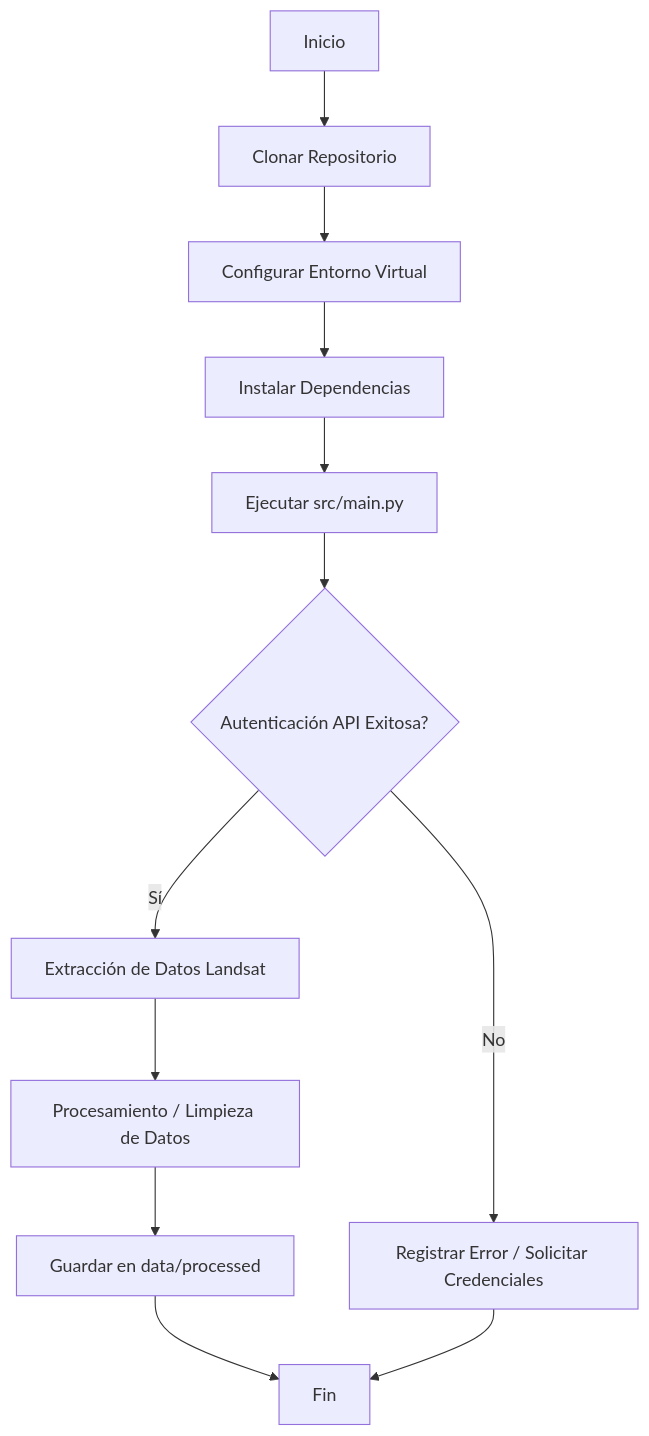
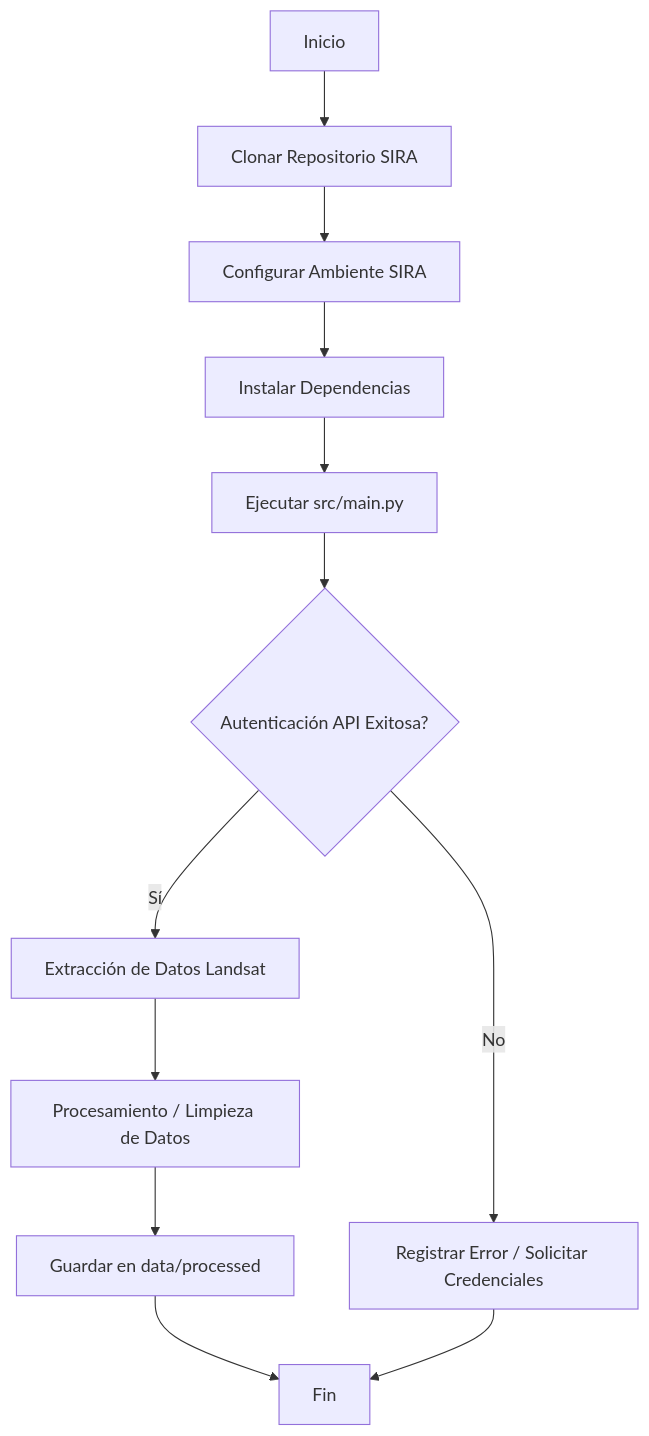
One commit to GomSal/SIRA changed the diagram in README.md. Above: the diagram before and after it, drawn with Mermaid. The commit also changed other lines of this file and 2 other files, not shown here.

Commit message:
Renombrar proyecto y ambiente a SIRA; actualizar README

````diff
--- a/README.md
+++ b/README.md
@@ -7,14 +7,14 @@
 ```mermaid
 graph TD
-    A[Inicio] --> B[Clonar Repositorio]
-    B --> C[Configurar Entorno Virtual]
+    A[Inicio] --> B[Clonar Repositorio SIRA]
+    B --> C[Configurar Ambiente SIRA]
     C --> D[Instalar Dependencias]
     D --> E[Ejecutar src/main.py]
     E --> F{Autenticación API Exitosa?}
     F -->|Sí| G[Extracción de Datos Landsat]
     F -->|No| H[Registrar Error / Solicitar Credenciales]
     G --> I[Procesamiento / Limpieza de Datos]
     I --> J[Guardar en data/processed]
     J --> K[Fin]
     H --> K
 ```
````
